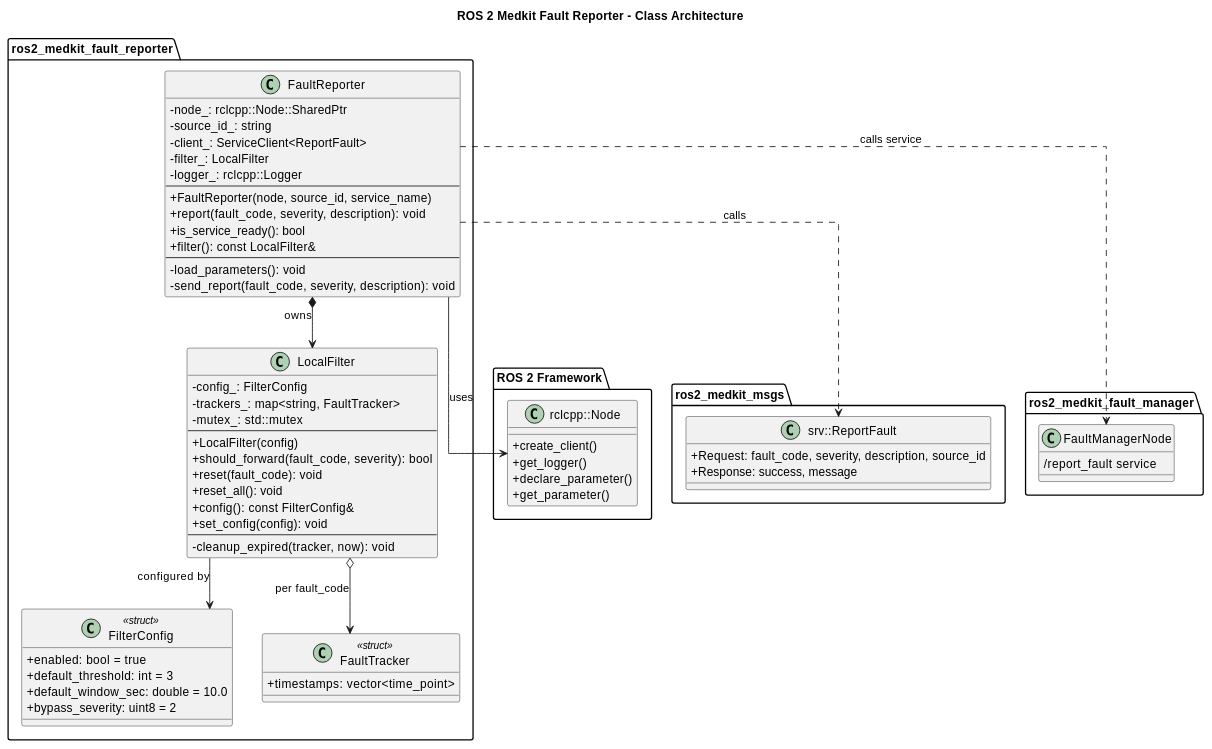
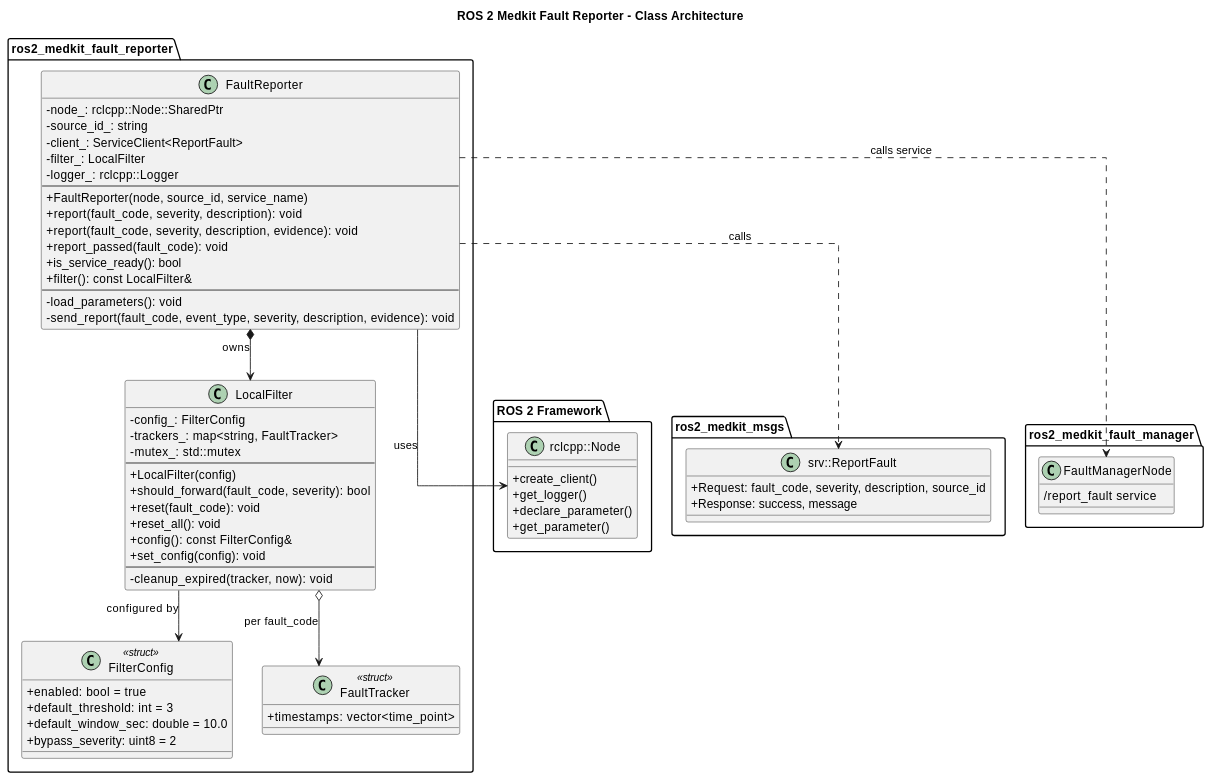
One commit to selfpatch/ros2_medkit changed the diagram in src/ros2_medkit_fault_reporter/design/index.rst. Above: the diagram before and after it, drawn with PlantUML. The commit also changed other lines of this file and 18 other files, not shown here.

First line of the commit message:
fix(fault_manager): address review on reported evidence and STALE severity

```diff
--- a/src/ros2_medkit_fault_reporter/design/index.rst
+++ b/src/ros2_medkit_fault_reporter/design/index.rst
@@ -52,11 +52,13 @@
            --
            + FaultReporter(node, source_id, service_name)
            + report(fault_code, severity, description): void
+           + report(fault_code, severity, description, evidence): void
+           + report_passed(fault_code): void
            + is_service_ready(): bool
            + filter(): const LocalFilter&
            --
            - load_parameters(): void
-           - send_report(fault_code, severity, description): void
+           - send_report(fault_code, event_type, severity, description, evidence): void
        }
 
        class LocalFilter {
```
